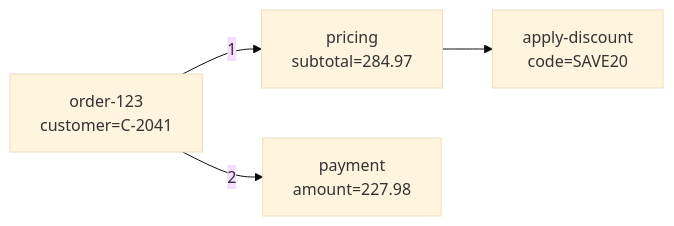
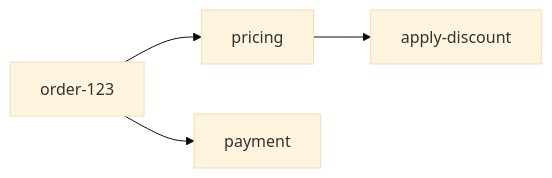
Before and after one commit to sharetech-labs/logtree: the diagram in README.md, drawn with Mermaid (base theme).

````diff
--- a/README.md
+++ b/README.md
@@ -84,10 +84,10 @@
 ```mermaid
 graph LR
-    root["order-123\ncustomer=C-2041"]
-    n1["pricing\nsubtotal=284.97"]
-    root -->|1| n1
-    n2["apply-discount\ncode=SAVE20"]
+    root["order-123"]
+    n1["pricing"]
+    n2["apply-discount"]
+    n3["payment"]
+    root --> n1
+    root --> n3
     n1 --> n2
-    n3["payment\namount=227.98"]
-    root -->|2| n3
 ```
````
